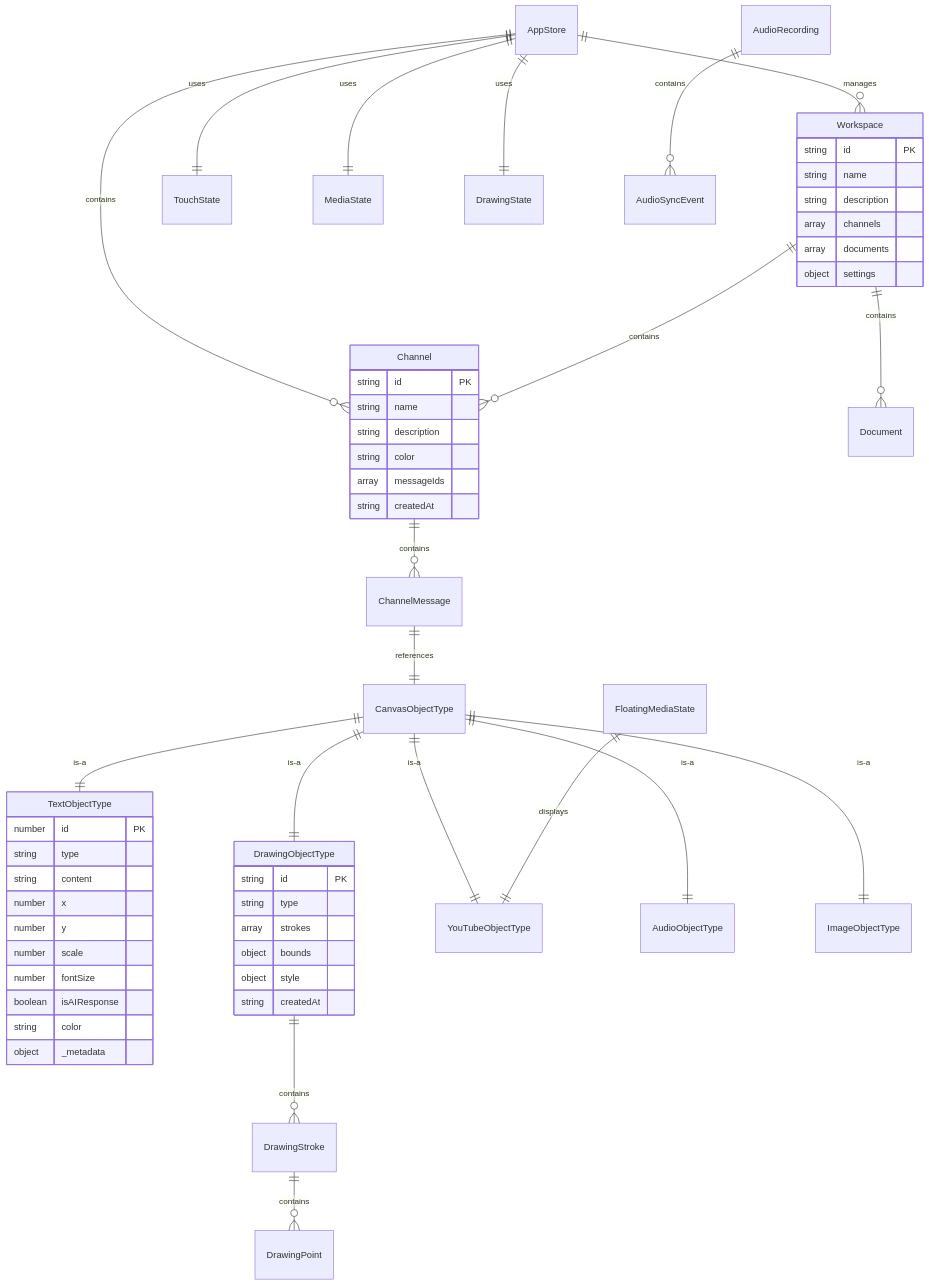
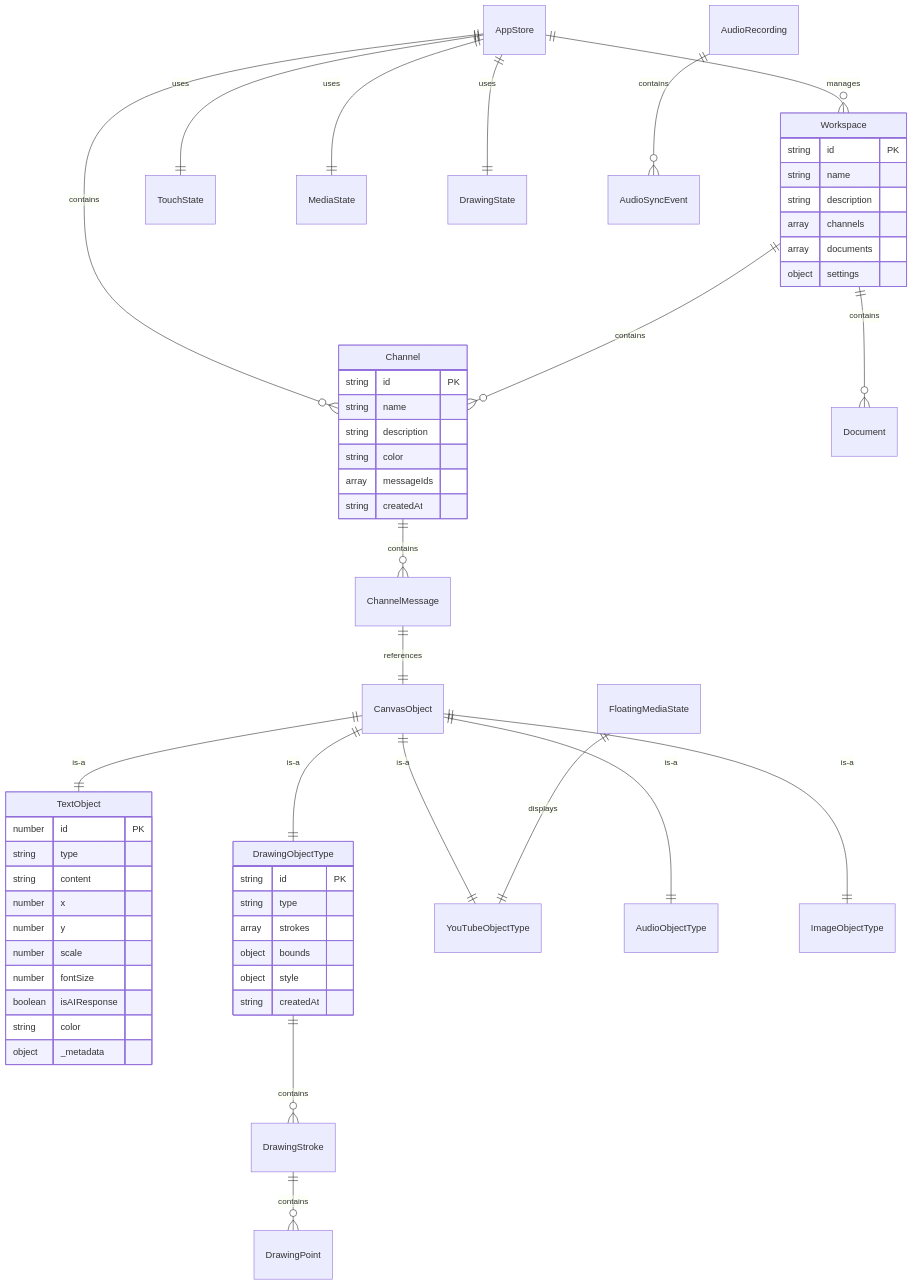
One commit to notnottype/nntype changed the fourth of 7 diagrams in docs/technical/data-architecture-analysis.md. Above: the diagram before and after it, drawn with Mermaid. The commit also changed other lines of this file and 15 other files, not shown here.

First line of the commit message:
refactor: update type definitions and enhance state management in canvas components

````diff
--- a/docs/technical/data-architecture-analysis.md
+++ b/docs/technical/data-architecture-analysis.md
@@ -407,65 +407,65 @@
 ```mermaid
 erDiagram
     AppStore ||--o{ Workspace : manages
     AppStore ||--o{ Channel : contains
     AppStore ||--|| TouchState : uses
     AppStore ||--|| MediaState : uses
     AppStore ||--|| DrawingState : uses
     
     Workspace ||--o{ Channel : contains
     Workspace ||--o{ Document : contains
     Channel ||--o{ ChannelMessage : contains
-    ChannelMessage ||--|| CanvasObjectType : references
+    ChannelMessage ||--|| CanvasObject : references
     
-    CanvasObjectType ||--|| TextObjectType : "is-a"
-    CanvasObjectType ||--|| DrawingObjectType : "is-a"
-    CanvasObjectType ||--|| YouTubeObjectType : "is-a"
-    CanvasObjectType ||--|| AudioObjectType : "is-a"
-    CanvasObjectType ||--|| ImageObjectType : "is-a"
+    CanvasObject ||--|| TextObject : "is-a"
+    CanvasObject ||--|| DrawingObjectType : "is-a"
+    CanvasObject ||--|| YouTubeObjectType : "is-a"
+    CanvasObject ||--|| AudioObjectType : "is-a"
+    CanvasObject ||--|| ImageObjectType : "is-a"
     
     DrawingObjectType ||--o{ DrawingStroke : contains
     DrawingStroke ||--o{ DrawingPoint : contains
     
     AudioRecording ||--o{ AudioSyncEvent : contains
     FloatingMediaState ||--|| YouTubeObjectType : displays
     
-    TextObjectType {
+    TextObject {
         number id PK
         string type
         string content
         number x
         number y
         number scale
         number fontSize
         boolean isAIResponse
         string color
         object _metadata
     }
     
     DrawingObjectType {
         string id PK
         string type
         array strokes
         object bounds
         object style
         string createdAt
     }
     
     Channel {
         string id PK
         string name
         string description
         string color
         array messageIds
         string createdAt
     }
     
     Workspace {
         string id PK
         string name
         string description
         array channels
         array documents
         object settings
     }
 ```
````
